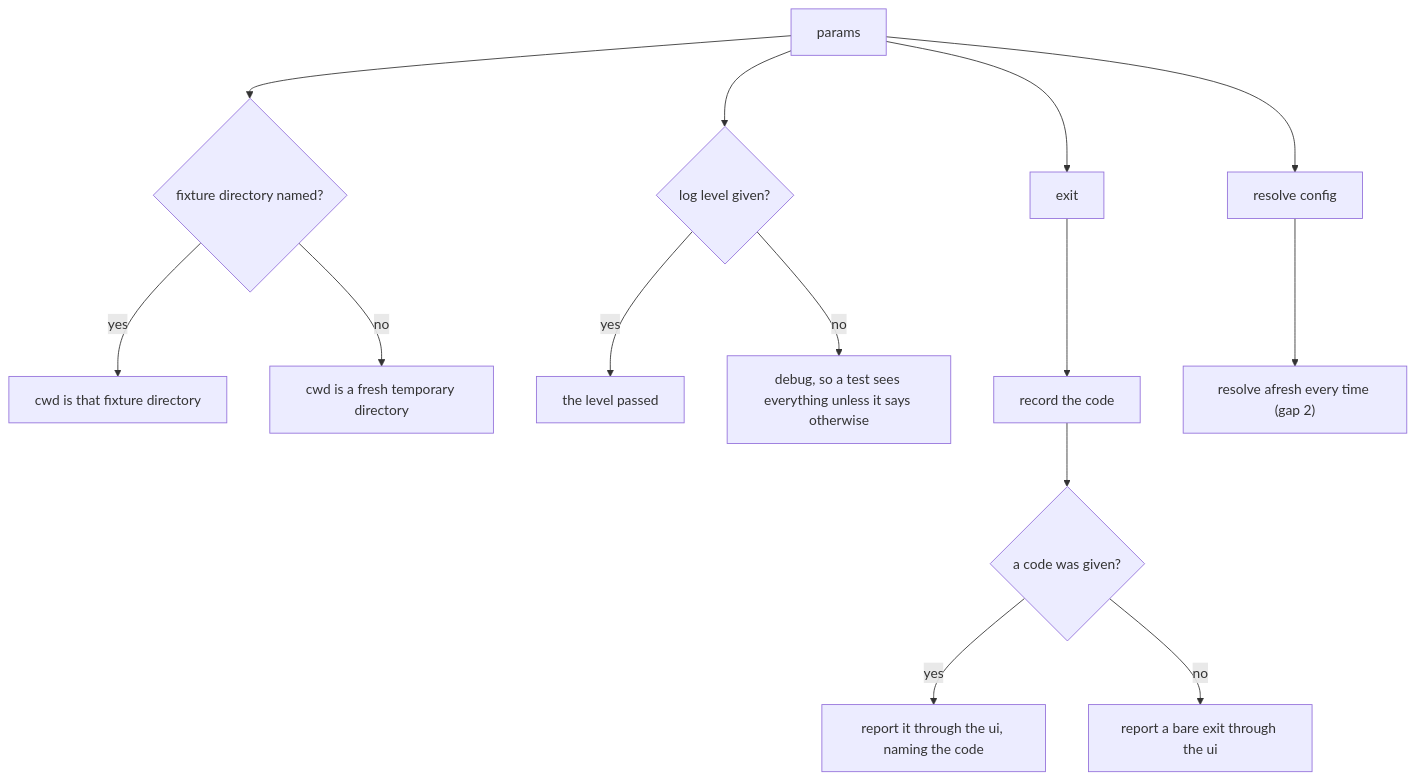
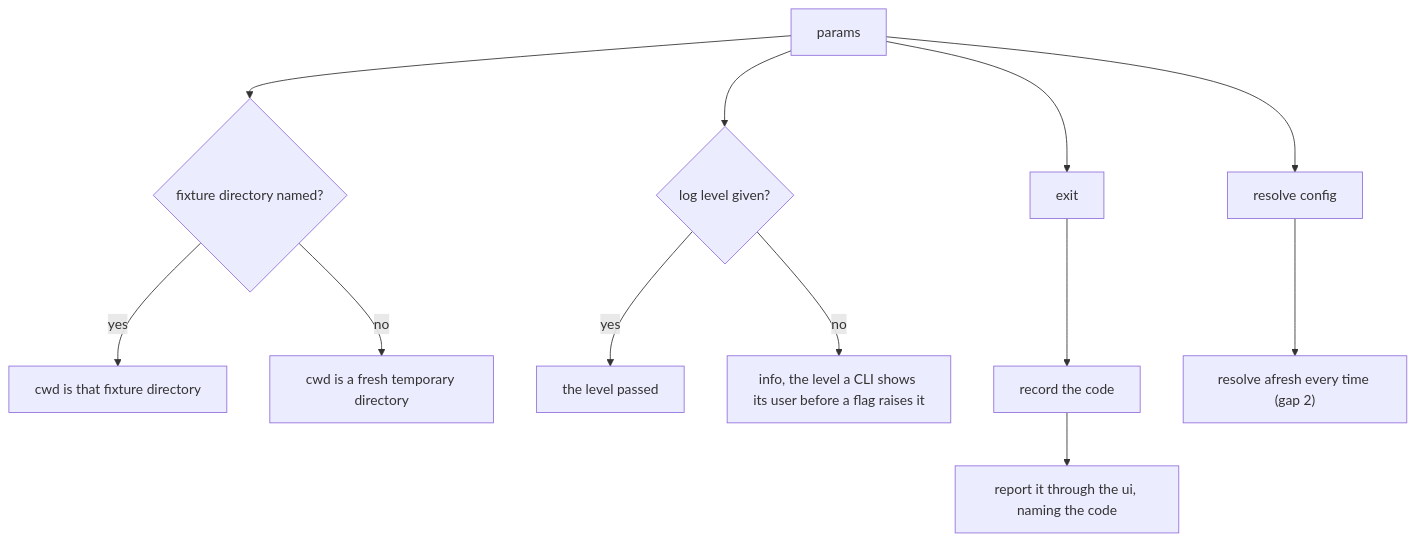
One commit to clibuilder/clibuilder changed the third of 4 diagrams in packages/clibuilder/.agents/spec/testing/README.md. Above: the diagram before and after it, drawn with Mermaid. The commit also changed other lines of this file and 3 other files, not shown here.

````diff
--- a/packages/clibuilder/.agents/spec/testing/README.md
+++ b/packages/clibuilder/.agents/spec/testing/README.md
@@ -198,13 +206,11 @@
 ```mermaid
 graph TD
   M[params] --> FD{fixture directory named?}
   FD -- yes --> FX[cwd is that fixture directory]
   FD -- no --> TMP[cwd is a fresh temporary directory]
   M --> LL{log level given?}
   LL -- yes --> LLU[the level passed]
-  LL -- no --> LLD[debug, so a test sees everything unless it says otherwise]
-  M --> X[exit] --> REC[record the code] --> RPT{a code was given?}
-  RPT -- yes --> RPTC[report it through the ui, naming the code]
-  RPT -- no --> RPTB[report a bare exit through the ui]
+  LL -- no --> LLD[info, the level a CLI shows its user before a flag raises it]
+  M --> X[exit] --> REC[record the code] --> RPTC[report it through the ui, naming the code]
   M --> RC[resolve config] --> FRESH["resolve afresh every time (gap 2)"]
 ```
````
